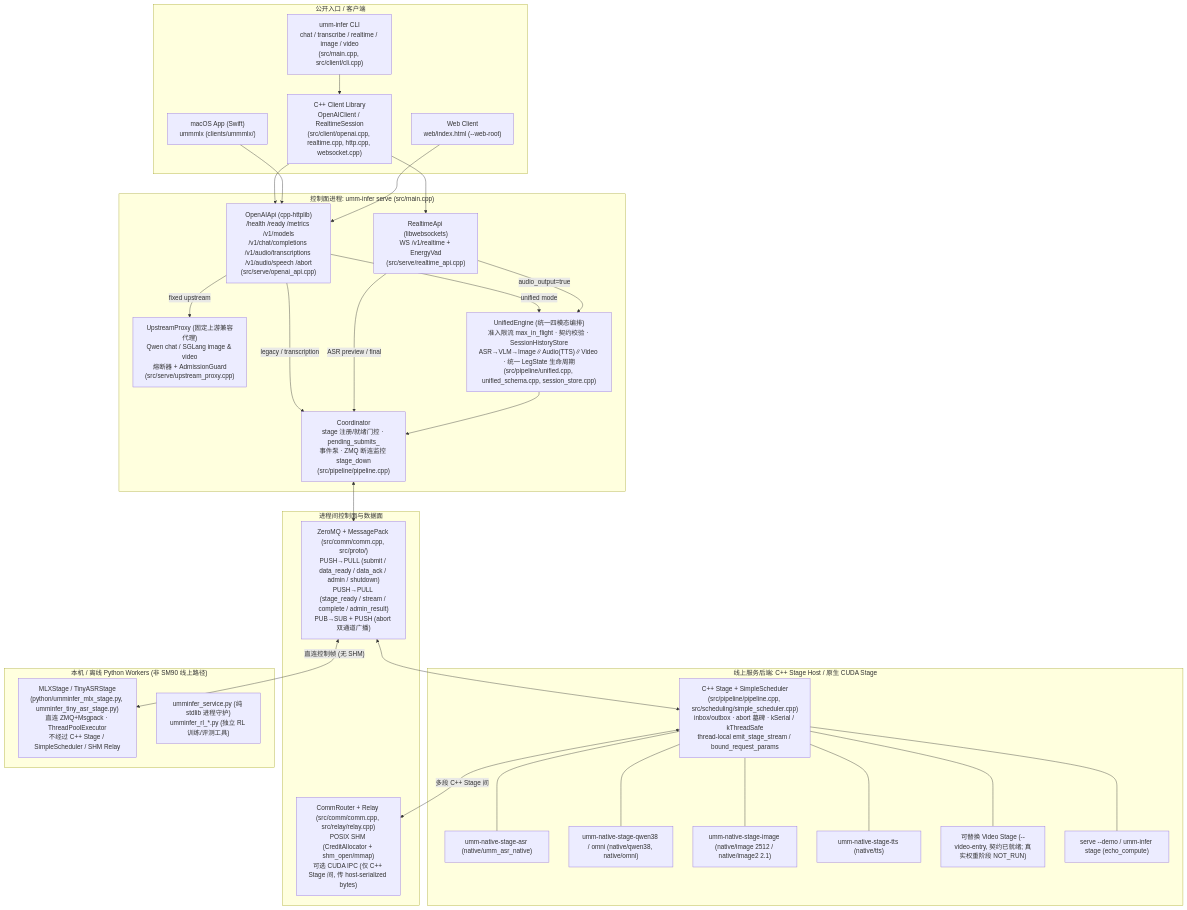
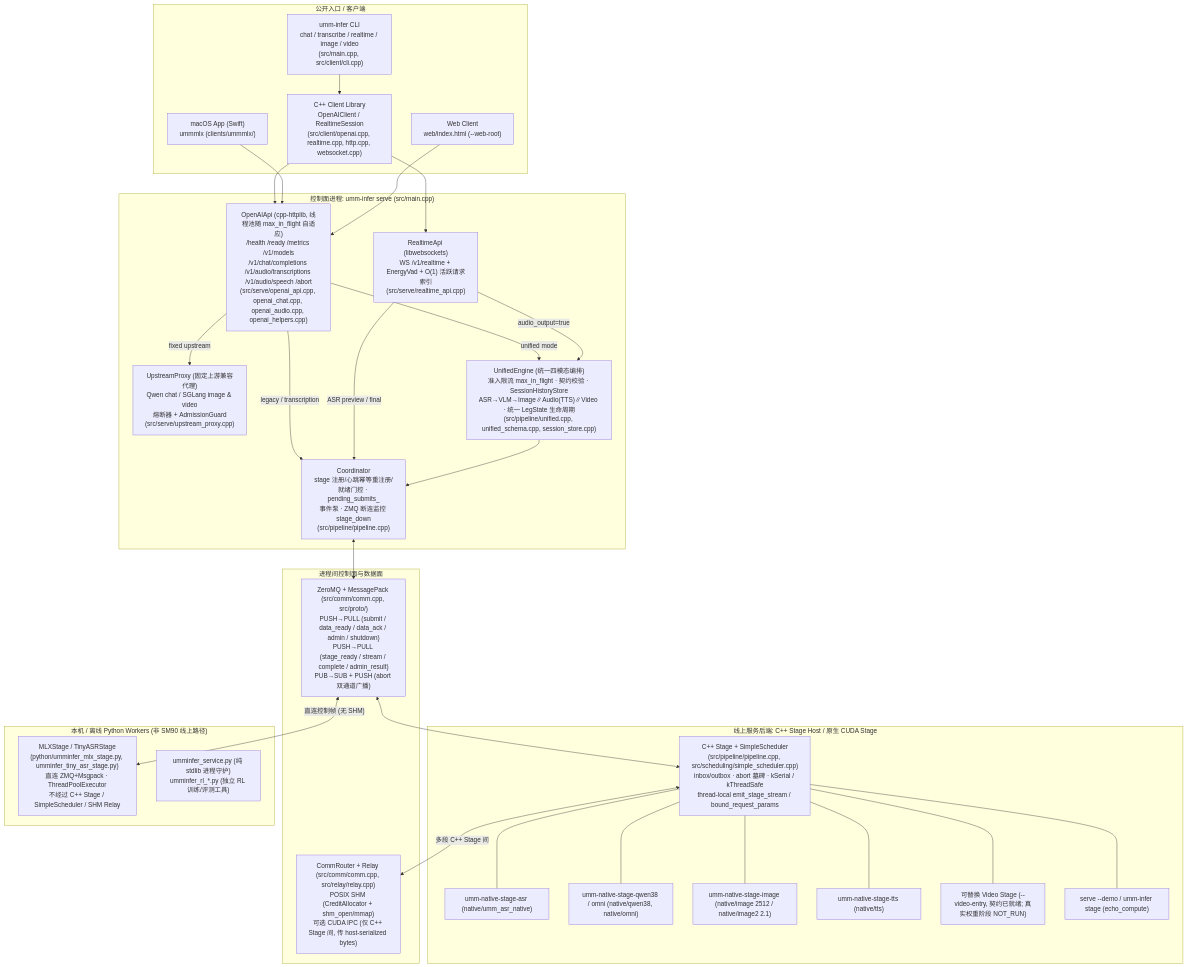
One commit to thinkseek/ummInfer changed the diagram in docs/architecture.md. Above: the diagram before and after it, drawn with Mermaid. The commit also changed other lines of this file and 3 other files, not shown here.

Commit message:
docs(wave3): sync feature-map (bfc676a8), architecture, and AOCI for Wave 3

````diff
--- a/docs/architecture.md
+++ b/docs/architecture.md
@@ -10,62 +10,62 @@
 ```mermaid
 flowchart TB
   subgraph Clients["公开入口 / 客户端"]
     CLI["umm-infer CLI<br/>chat / transcribe / realtime / image / video<br/>(src/main.cpp, src/client/cli.cpp)"]
     CPP["C++ Client Library<br/>OpenAIClient / RealtimeSession<br/>(src/client/openai.cpp, realtime.cpp, http.cpp, websocket.cpp)"]
     SWIFT["macOS App (Swift)<br/>ummmlx (clients/ummmlx/)"]
     WEB["Web Client<br/>web/index.html (--web-root)"]
   end
 
   subgraph Server["控制面进程: umm-infer serve (src/main.cpp)"]
-    HTTP["OpenAIApi (cpp-httplib)<br/>/health /ready /metrics /v1/models<br/>/v1/chat/completions /v1/audio/transcriptions /v1/audio/speech /abort<br/>(src/serve/openai_api.cpp)"]
+    HTTP["OpenAIApi (cpp-httplib, 线程池随 max_in_flight 自适应)<br/>/health /ready /metrics /v1/models<br/>/v1/chat/completions /v1/audio/transcriptions /v1/audio/speech /abort<br/>(src/serve/openai_api.cpp, openai_chat.cpp, openai_audio.cpp, openai_helpers.cpp)"]
     PROXY["UpstreamProxy (固定上游兼容代理)<br/>Qwen chat / SGLang image & video<br/>熔断器 + AdmissionGuard<br/>(src/serve/upstream_proxy.cpp)"]
-    WS["RealtimeApi (libwebsockets)<br/>WS /v1/realtime + EnergyVad<br/>(src/serve/realtime_api.cpp)"]
+    WS["RealtimeApi (libwebsockets)<br/>WS /v1/realtime + EnergyVad + O(1) 活跃请求索引<br/>(src/serve/realtime_api.cpp)"]
     UE["UnifiedEngine (统一四模态编排)<br/>准入限流 max_in_flight · 契约校验 · SessionHistoryStore<br/>ASR→VLM→Image∥Audio(TTS)∥Video · 统一 LegState 生命周期<br/>(src/pipeline/unified.cpp, unified_schema.cpp, session_store.cpp)"]
-    COORD["Coordinator<br/>stage 注册/就绪门控 · pending_submits_<br/>事件泵 · ZMQ 断连监控 stage_down<br/>(src/pipeline/pipeline.cpp)"]
+    COORD["Coordinator<br/>stage 注册/心跳幂等重注册/就绪门控 · pending_submits_<br/>事件泵 · ZMQ 断连监控 stage_down<br/>(src/pipeline/pipeline.cpp)"]
   end
 
   subgraph Transport["进程间控制面与数据面"]
     ZMQ["ZeroMQ + MessagePack (src/comm/comm.cpp, src/proto/)<br/>PUSH→PULL (submit / data_ready / data_ack / admin / shutdown)<br/>PUSH→PULL (stage_ready / stream / complete / admin_result)<br/>PUB→SUB + PUSH (abort 双通道广播)"]
     RELAY["CommRouter + Relay (src/comm/comm.cpp, src/relay/relay.cpp)<br/>POSIX SHM (CreditAllocator + shm_open/mmap)<br/>可选 CUDA IPC (仅 C++ Stage 间, 传 host-serialized bytes)"]
   end
 
   subgraph NativeStages["线上服务后端: C++ Stage Host / 原生 CUDA Stage"]
     STAGE["C++ Stage + SimpleScheduler<br/>(src/pipeline/pipeline.cpp, src/scheduling/simple_scheduler.cpp)<br/>inbox/outbox · abort 墓碑 · kSerial / kThreadSafe<br/>thread-local emit_stage_stream / bound_request_params"]
     BIN_ASR["umm-native-stage-asr (native/umm_asr_native)"]
     BIN_VLM["umm-native-stage-qwen38 / omni (native/qwen38, native/omni)"]
     BIN_IMG["umm-native-stage-image (native/image 2512 / native/image2 2.1)"]
     BIN_TTS["umm-native-stage-tts (native/tts)"]
     BIN_VID["可替换 Video Stage (--video-entry, 契约已就绪; 真实权重阶段 NOT_RUN)"]
     DEMO["serve --demo / umm-infer stage (echo_compute)"]
   end
 
   subgraph PythonWorkers["本机 / 离线 Python Workers (非 SM90 线上路径)"]
     MLX["MLXStage / TinyASRStage<br/>(python/umminfer_mlx_stage.py, umminfer_tiny_asr_stage.py)<br/>直连 ZMQ+Msgpack · ThreadPoolExecutor<br/>不经过 C++ Stage / SimpleScheduler / SHM Relay"]
     SUP["umminfer_service.py (纯 stdlib 进程守护)<br/>umminfer_rl_*.py (独立 RL 训练/评测工具)"]
   end
 
   CLI --> CPP
   CPP --> HTTP
   CPP --> WS
   SWIFT --> HTTP
   WEB --> HTTP
 
   HTTP -->|"fixed upstream"| PROXY
   HTTP -->|"unified mode"| UE
   HTTP -->|"legacy / transcription"| COORD
   WS -->|"ASR preview / final"| COORD
   WS -->|"audio_output=true"| UE
   UE --> COORD
 
   COORD <--> ZMQ
   ZMQ <--> STAGE
   STAGE <-->|"多段 C++ Stage 间"| RELAY
   STAGE --- BIN_ASR
   STAGE --- BIN_VLM
   STAGE --- BIN_IMG
   STAGE --- BIN_TTS
   STAGE --- BIN_VID
   STAGE --- DEMO
 
   ZMQ <-->|"直连控制帧 (无 SHM)"| MLX
 ```
````
